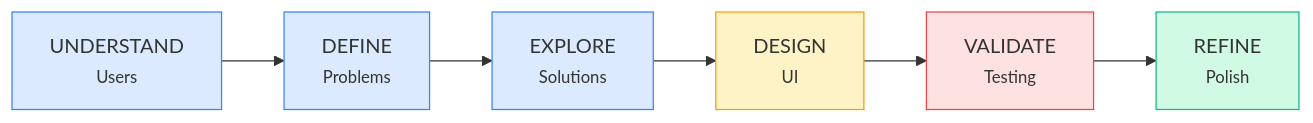
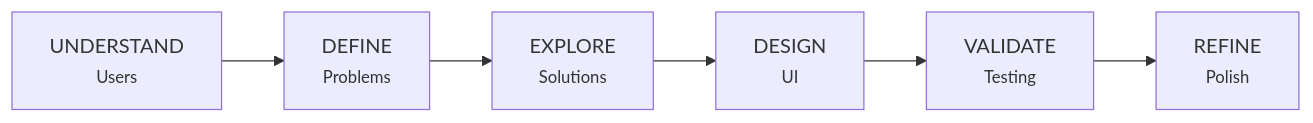
The diagram in docs/workflow/README.md (smileynet/ui-optimizer), drawn with Mermaid before and after one commit. The commit also changed 6 other files, not shown here.

First line of the commit message:
fix: remove hardcoded Mermaid fill colors for dark mode compatibility

````diff
--- a/docs/workflow/README.md
+++ b/docs/workflow/README.md
@@ -9,18 +9,11 @@
 ```mermaid
 flowchart LR
     U["UNDERSTAND<br/><small>Users</small>"]
     D["DEFINE<br/><small>Problems</small>"]
     E["EXPLORE<br/><small>Solutions</small>"]
     DE["DESIGN<br/><small>UI</small>"]
     V["VALIDATE<br/><small>Testing</small>"]
     R["REFINE<br/><small>Polish</small>"]
     
     U --> D --> E --> DE --> V --> R
-    
-    style U fill:#dbeafe,stroke:#3b82f6
-    style D fill:#dbeafe,stroke:#3b82f6
-    style E fill:#dbeafe,stroke:#3b82f6
-    style DE fill:#fef3c7,stroke:#f59e0b
-    style V fill:#fee2e2,stroke:#ef4444
-    style R fill:#d1fae5,stroke:#10b981
 ```
````
